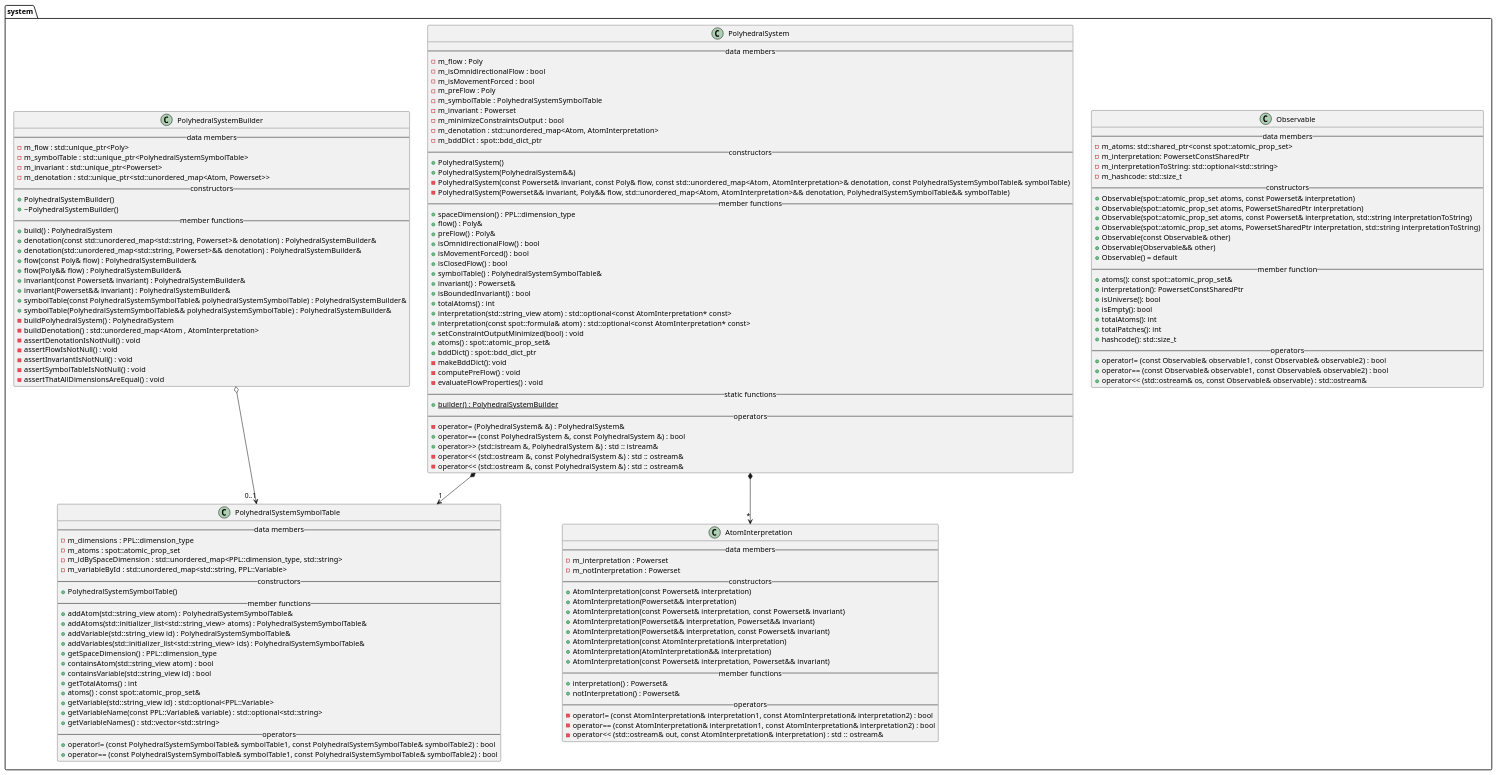
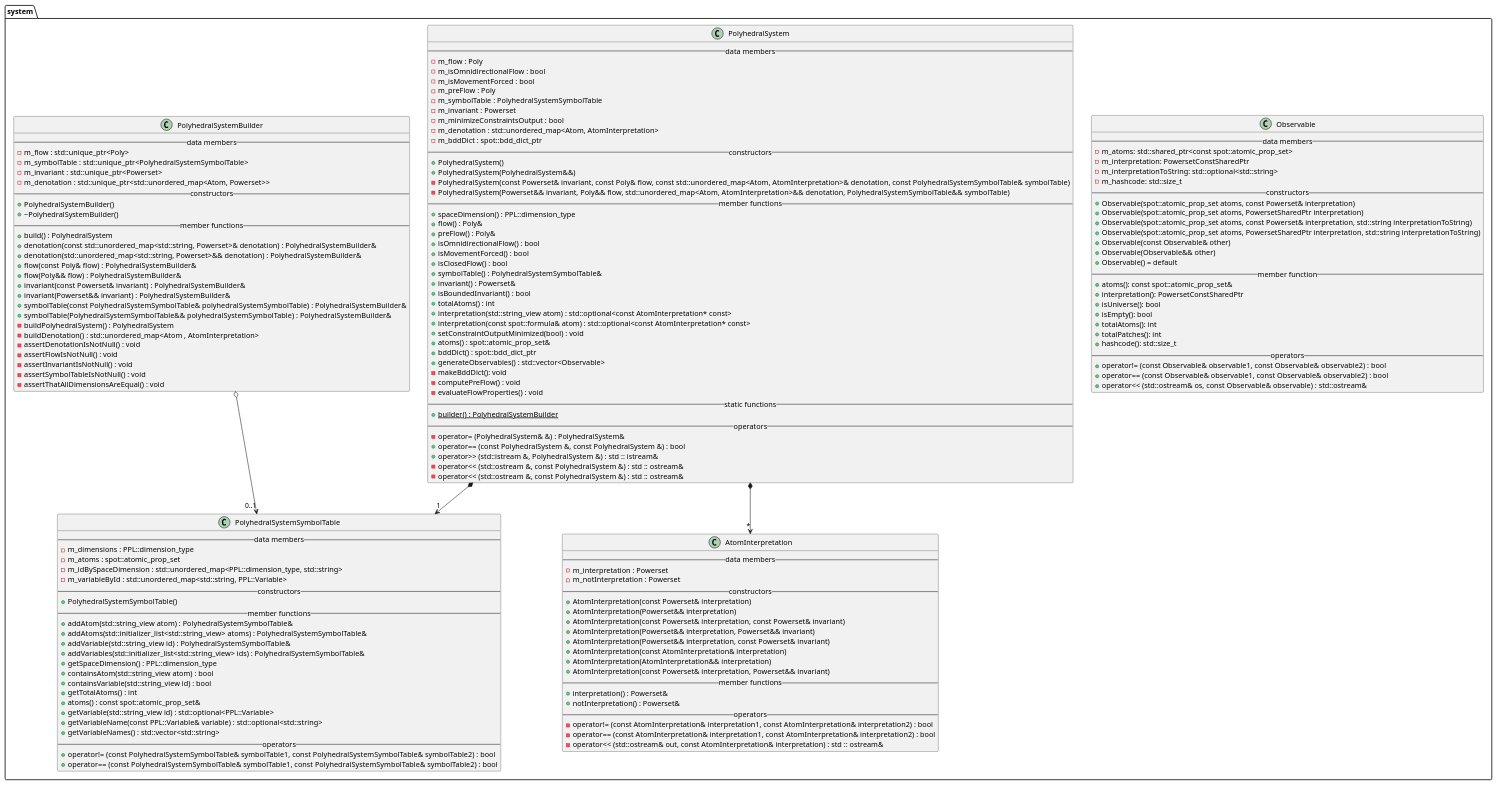
The diagram in docs/plantuml/system.puml (vtramo/rtl-mc), drawn with PlantUML before and after one commit. The commit also changed 2 other files, not shown here.

Commit message:
feat(system): add generateObservables in PolyhedralSystem
Introduces the generateObservables function in PolyhedralSystem. This function generates all possible observables by creating combinations of polyhedral atoms and their corresponding denotations. It supports both debug and non-debug builds with optional string representation of the observable denotation.

```diff
--- a/docs/plantuml/system.puml
+++ b/docs/plantuml/system.puml
@@ -1,156 +1,157 @@
 @startuml
 package system {
     class Observable {
         --data members--
         -m_atoms: std::shared_ptr<const spot::atomic_prop_set>
         -m_interpretation: PowersetConstSharedPtr
         -m_interpretationToString: std::optional<std::string>
         -m_hashcode: std::size_t
         --constructors--
         +Observable(spot::atomic_prop_set atoms, const Powerset& interpretation)
         +Observable(spot::atomic_prop_set atoms, PowersetSharedPtr interpretation)
         +Observable(spot::atomic_prop_set atoms, const Powerset& interpretation, std::string interpretationToString)
         +Observable(spot::atomic_prop_set atoms, PowersetSharedPtr interpretation, std::string interpretationToString)
         +Observable(const Observable& other)
         +Observable(Observable&& other)
         +Observable() = default
         --member function--
         +atoms(): const spot::atomic_prop_set&
         +interpretation(): PowersetConstSharedPtr
         +isUniverse(): bool
         +isEmpty(): bool
         +totalAtoms(): int
         +totalPatches(): int
         +hashcode(): std::size_t
         --operators--
         +operator!= (const Observable& observable1, const Observable& observable2) : bool
         +operator== (const Observable& observable1, const Observable& observable2) : bool
         +operator<< (std::ostream& os, const Observable& observable) : std::ostream&
     }
 
     class AtomInterpretation {
         --data members--
         -m_interpretation : Powerset
         -m_notInterpretation : Powerset
         --constructors--
         +AtomInterpretation(const Powerset& interpretation)
         +AtomInterpretation(Powerset&& interpretation)
         +AtomInterpretation(const Powerset& interpretation, const Powerset& invariant)
         +AtomInterpretation(Powerset&& interpretation, Powerset&& invariant)
         +AtomInterpretation(Powerset&& interpretation, const Powerset& invariant)
         +AtomInterpretation(const AtomInterpretation& interpretation)
         +AtomInterpretation(AtomInterpretation&& interpretation)
         +AtomInterpretation(const Powerset& interpretation, Powerset&& invariant)
         --member functions--
         +interpretation() : Powerset&
         +notInterpretation() : Powerset&
         --operators--
         -operator!= (const AtomInterpretation& interpretation1, const AtomInterpretation& interpretation2) : bool
         -operator== (const AtomInterpretation& interpretation1, const AtomInterpretation& interpretation2) : bool
         -operator<< (std::ostream& out, const AtomInterpretation& interpretation) : std :: ostream&
     }
 
     class PolyhedralSystem {
         --data members--
         -m_flow : Poly
         -m_isOmnidirectionalFlow : bool
         -m_isMovementForced : bool
         -m_preFlow : Poly
         -m_symbolTable : PolyhedralSystemSymbolTable
         -m_invariant : Powerset
         -m_minimizeConstraintsOutput : bool
         -m_denotation : std::unordered_map<Atom, AtomInterpretation>
         -m_bddDict : spot::bdd_dict_ptr
         --constructors--
         +PolyhedralSystem()
         +PolyhedralSystem(PolyhedralSystem&&)
         -PolyhedralSystem(const Powerset& invariant, const Poly& flow, const std::unordered_map<Atom, AtomInterpretation>& denotation, const PolyhedralSystemSymbolTable& symbolTable)
         -PolyhedralSystem(Powerset&& invariant, Poly&& flow, std::unordered_map<Atom, AtomInterpretation>&& denotation, PolyhedralSystemSymbolTable&& symbolTable)
         --member functions--
         +spaceDimension() : PPL::dimension_type
         +flow() : Poly&
         +preFlow() : Poly&
         +isOmnidirectionalFlow() : bool
         +isMovementForced() : bool
         +isClosedFlow() : bool
         +symbolTable() : PolyhedralSystemSymbolTable&
         +invariant() : Powerset&
         +isBoundedInvariant() : bool
         +totalAtoms() : int
         +interpretation(std::string_view atom) : std::optional<const AtomInterpretation* const>
         +interpretation(const spot::formula& atom) : std::optional<const AtomInterpretation* const>
         +setConstraintOutputMinimized(bool) : void
         +atoms() : spot::atomic_prop_set&
         +bddDict() : spot::bdd_dict_ptr
+        +generateObservables() : std::vector<Observable>
         -makeBddDict(): void
         -computePreFlow() : void
         -evaluateFlowProperties() : void
         --static functions--
         +{static} builder() : PolyhedralSystemBuilder
         --operators--
         -operator= (PolyhedralSystem& &) : PolyhedralSystem&
         +operator== (const PolyhedralSystem &, const PolyhedralSystem &) : bool
         +operator>> (std::istream &, PolyhedralSystem &) : std :: istream&
         -operator<< (std::ostream &, const PolyhedralSystem &) : std :: ostream&
         -operator<< (std::ostream &, const PolyhedralSystem &) : std :: ostream&
     }
 
     class PolyhedralSystemBuilder {
         --data members--
         -m_flow : std::unique_ptr<Poly>
         -m_symbolTable : std::unique_ptr<PolyhedralSystemSymbolTable>
         -m_invariant : std::unique_ptr<Powerset>
         -m_denotation : std::unique_ptr<std::unordered_map<Atom, Powerset>>
         --constructors--
         +PolyhedralSystemBuilder()
         +~PolyhedralSystemBuilder()
         --member functions--
         +build() : PolyhedralSystem
         +denotation(const std::unordered_map<std::string, Powerset>& denotation) : PolyhedralSystemBuilder&
         +denotation(std::unordered_map<std::string, Powerset>&& denotation) : PolyhedralSystemBuilder&
         +flow(const Poly& flow) : PolyhedralSystemBuilder&
         +flow(Poly&& flow) : PolyhedralSystemBuilder&
         +invariant(const Powerset& invariant) : PolyhedralSystemBuilder&
         +invariant(Powerset&& invariant) : PolyhedralSystemBuilder&
         +symbolTable(const PolyhedralSystemSymbolTable& polyhedralSystemSymbolTable) : PolyhedralSystemBuilder&
         +symbolTable(PolyhedralSystemSymbolTable&& polyhedralSystemSymbolTable) : PolyhedralSystemBuilder&
         -buildPolyhedralSystem() : PolyhedralSystem
         -buildDenotation() : std::unordered_map<Atom , AtomInterpretation>
         -assertDenotationIsNotNull() : void
         -assertFlowIsNotNull() : void
         -assertInvariantIsNotNull() : void
         -assertSymbolTableIsNotNull() : void
         -assertThatAllDimensionsAreEqual() : void
     }
 
     class PolyhedralSystemSymbolTable {
         --data members--
         -m_dimensions : PPL::dimension_type
         -m_atoms : spot::atomic_prop_set
         -m_idBySpaceDimension : std::unordered_map<PPL::dimension_type, std::string>
         -m_variableById : std::unordered_map<std::string, PPL::Variable>
         --constructors--
         +PolyhedralSystemSymbolTable()
         --member functions--
         +addAtom(std::string_view atom) : PolyhedralSystemSymbolTable&
         +addAtoms(std::initializer_list<std::string_view> atoms) : PolyhedralSystemSymbolTable&
         +addVariable(std::string_view id) : PolyhedralSystemSymbolTable&
         +addVariables(std::initializer_list<std::string_view> ids) : PolyhedralSystemSymbolTable&
         +getSpaceDimension() : PPL::dimension_type
         +containsAtom(std::string_view atom) : bool
         +containsVariable(std::string_view id) : bool
         +getTotalAtoms() : int
         +atoms() : const spot::atomic_prop_set&
         +getVariable(std::string_view id) : std::optional<PPL::Variable>
         +getVariableName(const PPL::Variable& variable) : std::optional<std::string>
         +getVariableNames() : std::vector<std::string>
         --operators--
         +operator!= (const PolyhedralSystemSymbolTable& symbolTable1, const PolyhedralSystemSymbolTable& symbolTable2) : bool
         +operator== (const PolyhedralSystemSymbolTable& symbolTable1, const PolyhedralSystemSymbolTable& symbolTable2) : bool
     }
 
     PolyhedralSystem *-->"*" AtomInterpretation
     PolyhedralSystem *-->"1" PolyhedralSystemSymbolTable
     PolyhedralSystemBuilder o-->"0..1" PolyhedralSystemSymbolTable
 }
 @enduml
```
